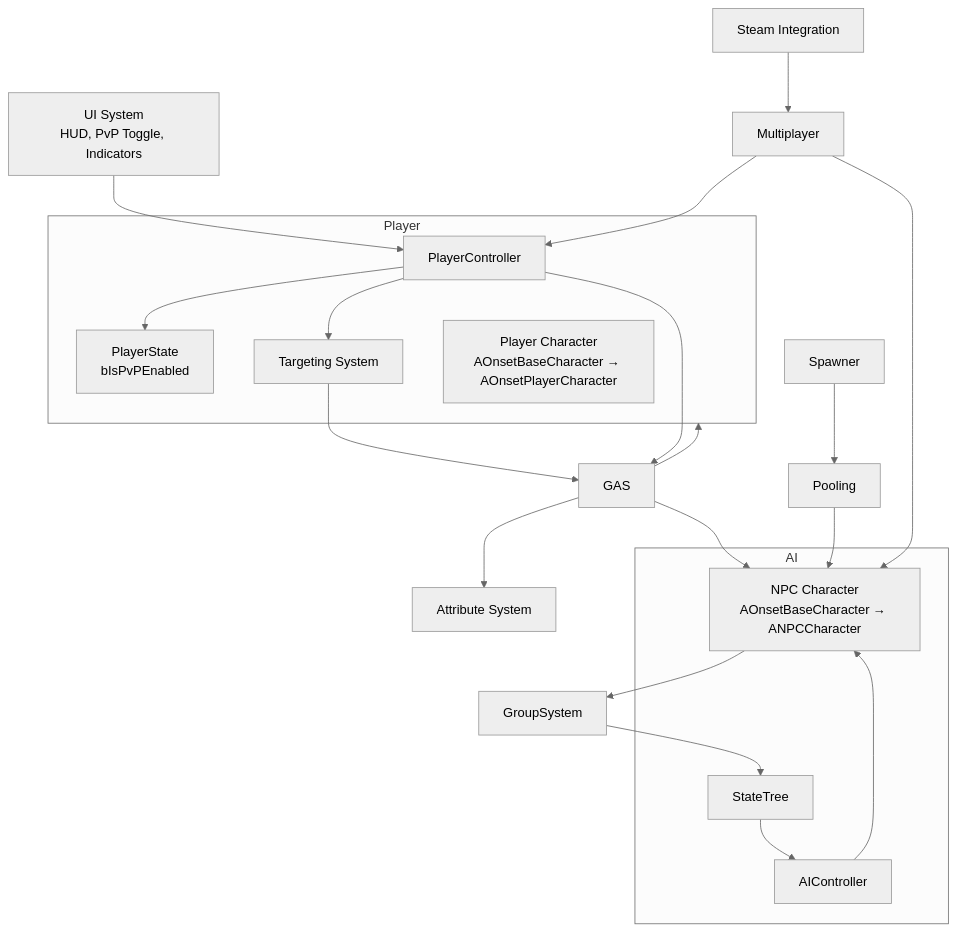
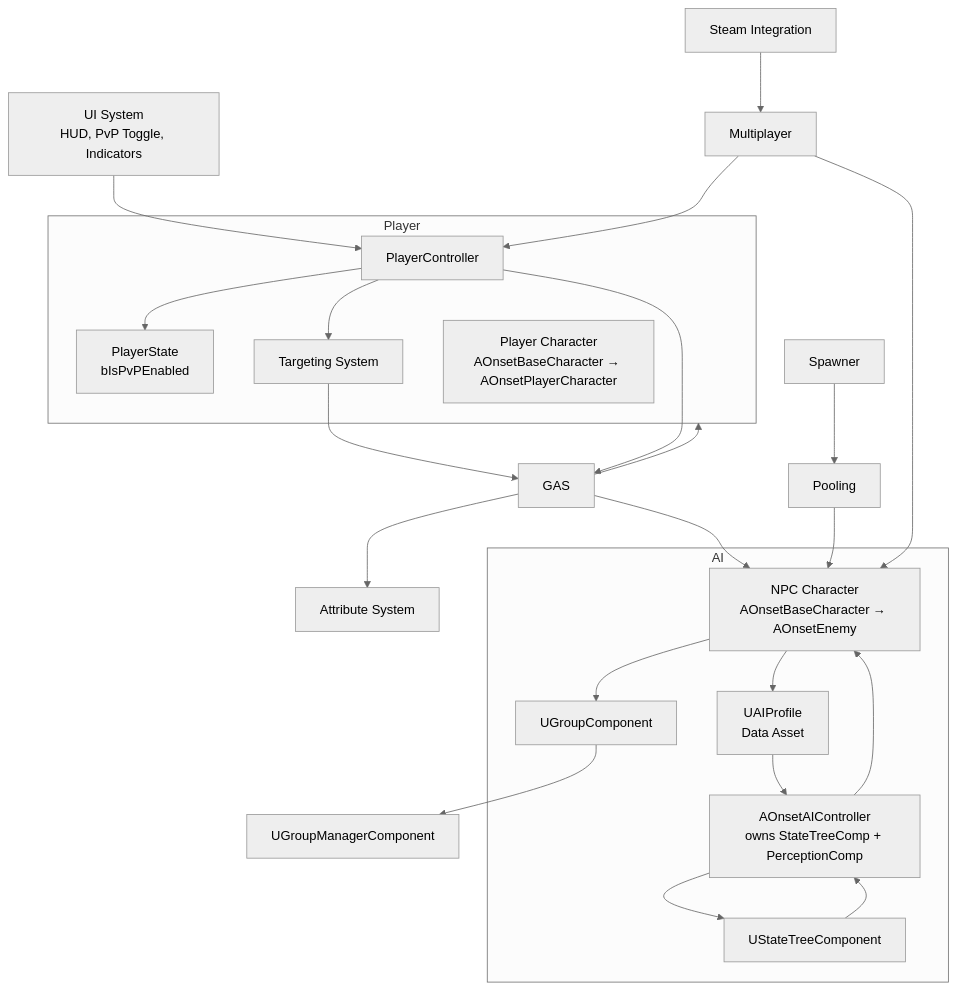
One commit to maximoh-mmo/PortfolioTutorial changed the diagram in Docs/Architecture/Architecture Overview.md. Above: the diagram before and after it, drawn with Mermaid (neutral theme). The commit also changed other lines of this file and 32 other files, not shown here.

````diff
--- a/Docs/Architecture/Architecture Overview.md
+++ b/Docs/Architecture/Architecture Overview.md
@@ -26,38 +26,43 @@
 ```mermaid
 flowchart TD
     UI[UI System<br/>HUD, PvP Toggle, Indicators] --> PC[PlayerController]
     PC --> PS[PlayerState<br/>bIsPvPEnabled]
     PC --> Targeting[Targeting System]
     PC --> GAS
 
     Targeting --> GAS
     GAS --> Attributes[Attribute System]
 
     subgraph Player
         PC
         PS
         Targeting
         PlayerChar[Player Character<br/>AOnsetBaseCharacter → AOnsetPlayerCharacter]
     end
 
     subgraph AI
-        NPC[NPC Character<br/>AOnsetBaseCharacter → ANPCCharacter]
-        AIController
-        StateTree
+        NPC[NPC Character<br/>AOnsetBaseCharacter → AOnsetEnemy]
+        AIC[AOnsetAIController<br/>owns StateTreeComp + PerceptionComp]
+        STC[UStateTreeComponent]
+        Profile[UAIProfile<br/>Data Asset]
+        GComp[UGroupComponent]
     end
 
     Spawner --> Pooling
     Pooling --> NPC
-    NPC --> GroupSystem
+    NPC --> GComp
+    NPC --> Profile
+    GComp --> GManager[UGroupManagerComponent]
 
-    GroupSystem --> StateTree
-    StateTree --> AIController
-    AIController --> NPC
+    Profile --> AIC
+    AIC --> STC
+    STC --> AIC
+    AIC --> NPC
 
     GAS --> NPC
     GAS --> Player
 
     Steam[Steam Integration] --> Multiplayer
     Multiplayer --> PC
     Multiplayer --> NPC
 ```
````
